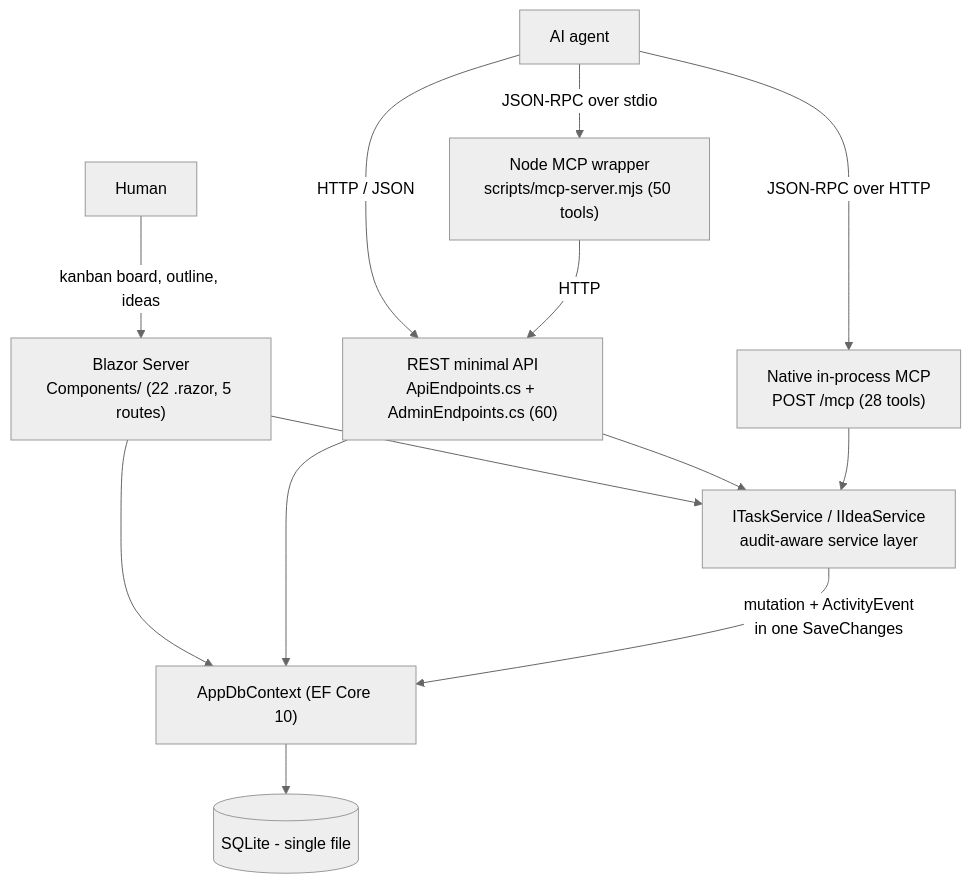
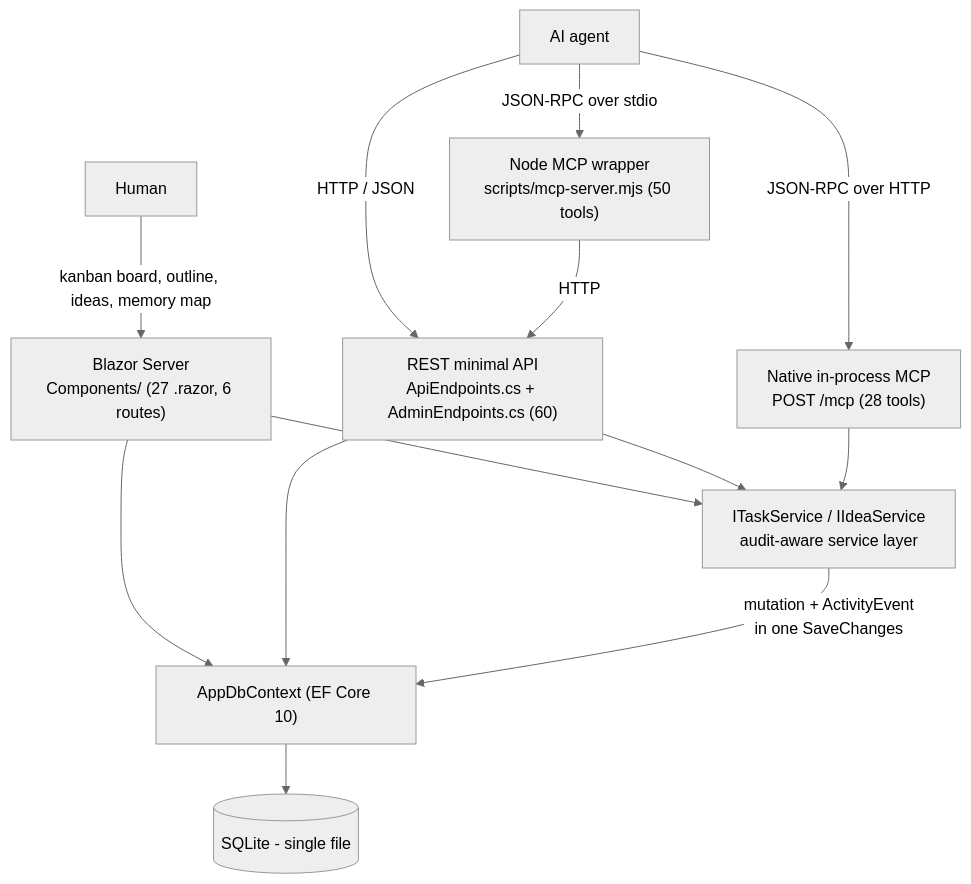
The first of 3 diagrams in docs/ARCHITECTURE.md (joelfuller2016/KanbanFlow-v2), drawn with Mermaid (neutral theme) before and after one commit. The commit also changed other lines of this file and 11 other files, not shown here.

First line of the commit message:
feat(#496): add a read-only Decision & Memory Map (#497)

````diff
--- a/docs/ARCHITECTURE.md
+++ b/docs/ARCHITECTURE.md
@@ -35,17 +35,17 @@
 ```mermaid
 flowchart TD
-    H["Human"] -->|"kanban board, outline, ideas"| UI["Blazor Server<br/>Components/ (22 .razor, 5 routes)"]
+    H["Human"] -->|"kanban board, outline, ideas, memory map"| UI["Blazor Server<br/>Components/ (27 .razor, 6 routes)"]
     A["AI agent"] -->|"JSON-RPC over stdio"| NODE["Node MCP wrapper<br/>scripts/mcp-server.mjs (50 tools)"]
     A -->|"JSON-RPC over HTTP"| NATIVE["Native in-process MCP<br/>POST /mcp (28 tools)"]
     A -->|"HTTP / JSON"| REST["REST minimal API<br/>ApiEndpoints.cs + AdminEndpoints.cs (60)"]
     NODE -->|"HTTP"| REST
 
     UI --> EF
     UI --> SVC
     REST --> EF
     REST --> SVC
     NATIVE --> SVC["ITaskService / IIdeaService<br/>audit-aware service layer"]
 
     SVC -->|"mutation + ActivityEvent<br/>in one SaveChanges"| EF["AppDbContext (EF Core 10)"]
     EF --> SQLITE[("SQLite - single file")]
 ```
````
